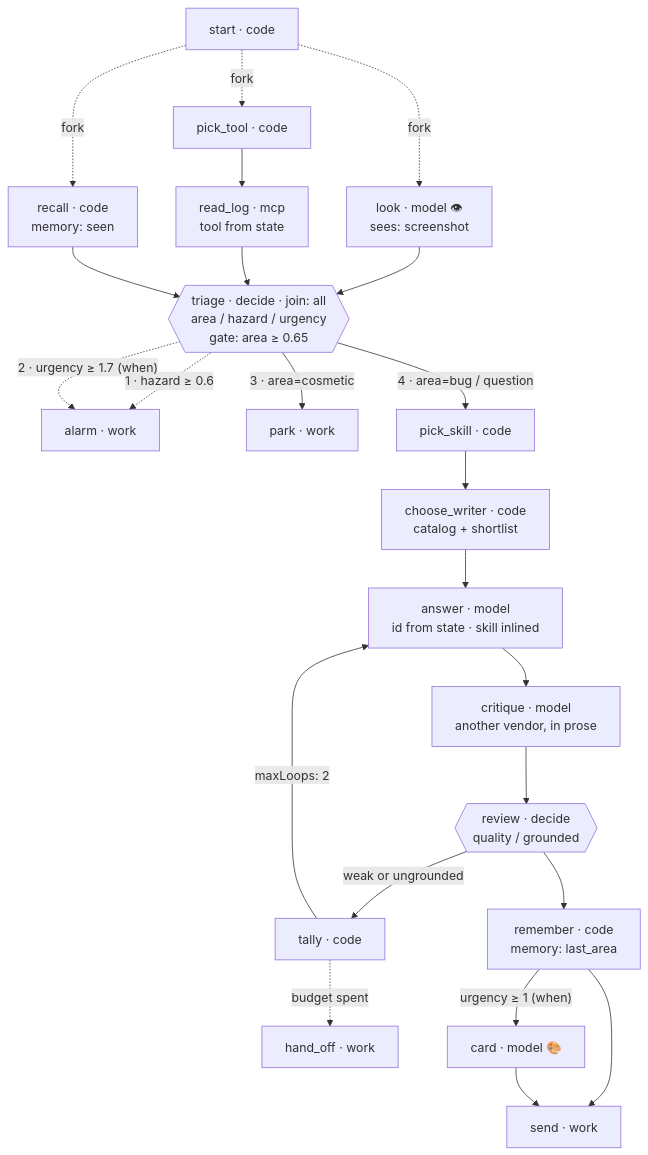
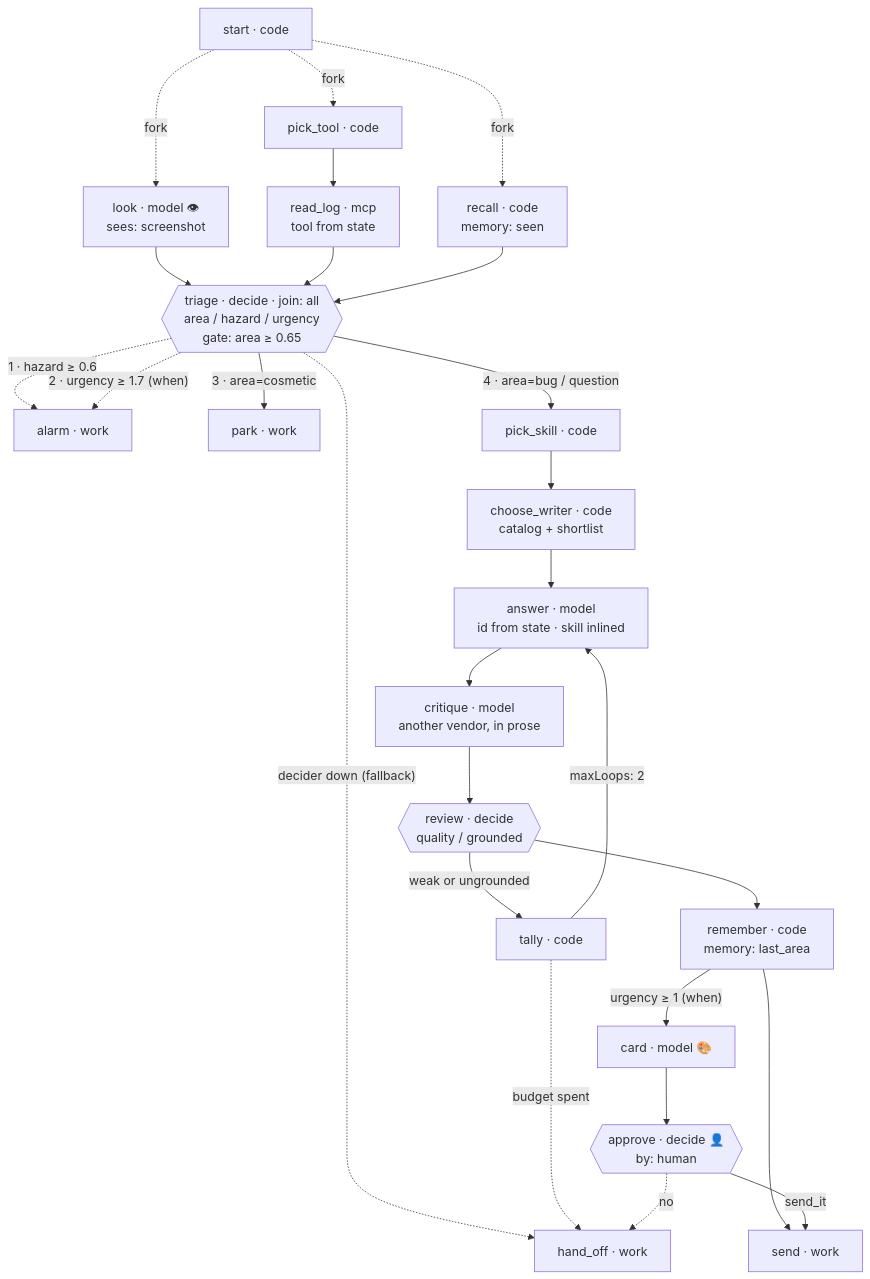
One commit to ghostmind-labo/ensemble changed the third of 3 diagrams in README.md. Above: the diagram before and after it, drawn with Mermaid. The commit also changed other lines of this file and 34 other files, not shown here.

````diff
--- a/README.md
+++ b/README.md
@@ -265,26 +268,29 @@
 ```mermaid
 flowchart TB
   ST["start · code"]
   ST -. fork .-> LK["look · model 👁<br/>sees: screenshot"]
   ST -. fork .-> PT["pick_tool · code"]
   ST -. fork .-> RC["recall · code<br/>memory: seen"]
   PT --> RL["read_log · mcp<br/>tool from state"]
   LK --> TR{{"triage · decide · join: all<br/>area / hazard / urgency<br/>gate: area ≥ 0.65"}}
   RL --> TR
   RC --> TR
   TR -. "1 · hazard ≥ 0.6" .-> AL["alarm · work"]
+  TR -. "decider down (fallback)" .-> HO
   TR -. "2 · urgency ≥ 1.7 (when)" .-> AL
   TR -->|"3 · area=cosmetic"| PK["park · work"]
   TR -->|"4 · area=bug / question"| PS["pick_skill · code"]
   PS --> CW["choose_writer · code<br/>catalog + shortlist"]
   CW --> AN["answer · model<br/>id from state · skill inlined"]
   AN --> CR["critique · model<br/>another vendor, in prose"]
   CR --> RV{{"review · decide<br/>quality / grounded"}}
   RV -->|"weak or ungrounded"| TL["tally · code"]
   TL -->|"maxLoops: 2"| AN
   TL -. "budget spent" .-> HO["hand_off · work"]
   RV --> RM["remember · code<br/>memory: last_area"]
   RM -->|"urgency ≥ 1 (when)"| CD["card · model 🎨"]
   RM --> SN["send · work"]
-  CD --> SN
+  CD --> AP{{"approve · decide 👤<br/>by: human"}}
+  AP -->|"send_it"| SN
+  AP -. "no" .-> HO
 ```
````
